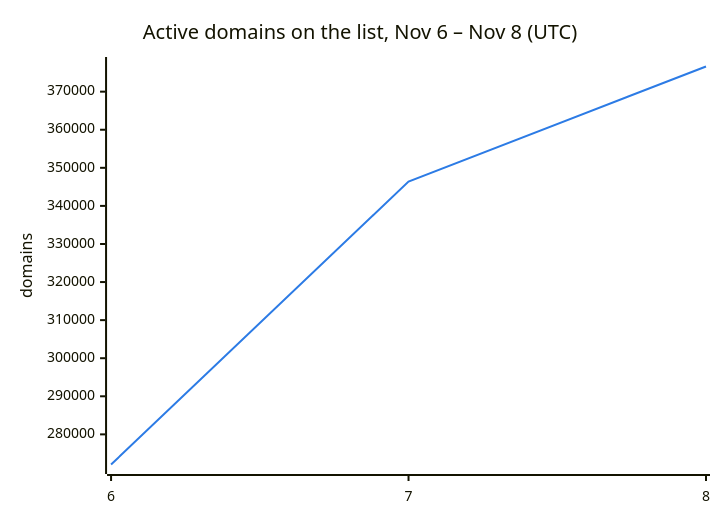
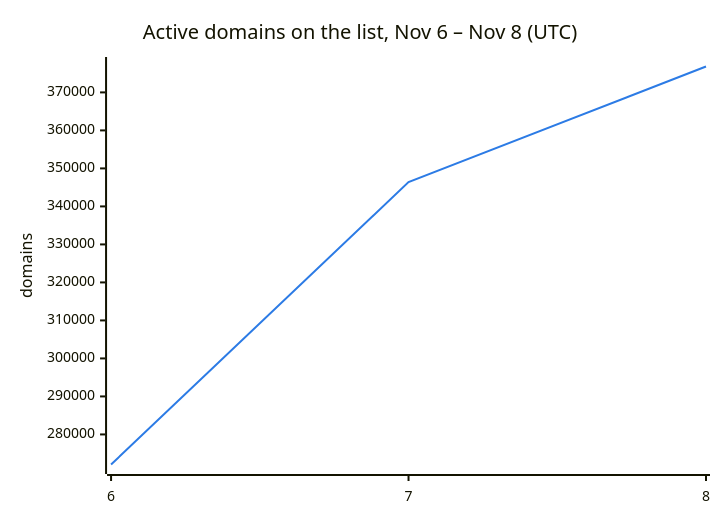
The second of 3 diagrams in README.md (DNSBunker/CTI), drawn with Mermaid before and after one commit. The commit also changed other lines of this file and 3 other files, not shown here.

````diff
--- a/README.md
+++ b/README.md
@@ -38,8 +38,8 @@
 ```mermaid
 %%{init: {"themeVariables": {"xyChart": {"plotColorPalette": "#2c7be5"}}}}%%
 xychart-beta
     title "Active domains on the list, Nov 6 – Nov 8 (UTC)"
     x-axis ["6", "7", "8"]
     y-axis "domains"
-    line [272088, 346388, 376607]
+    line [272088, 346388, 376815]
 ```
````
